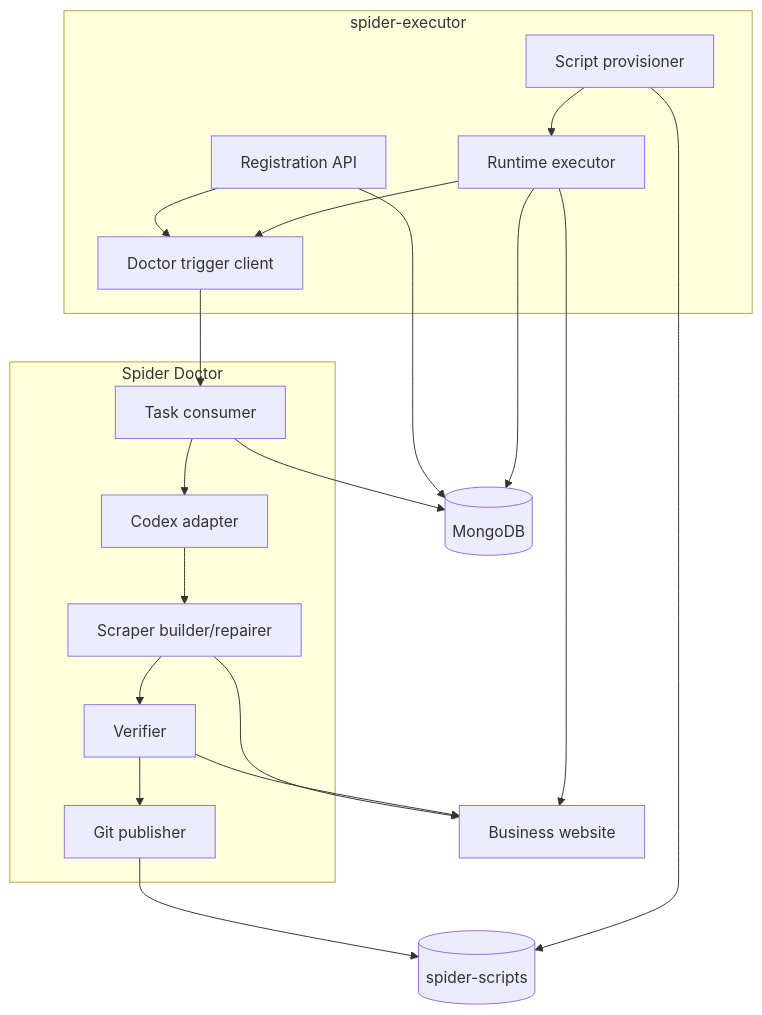
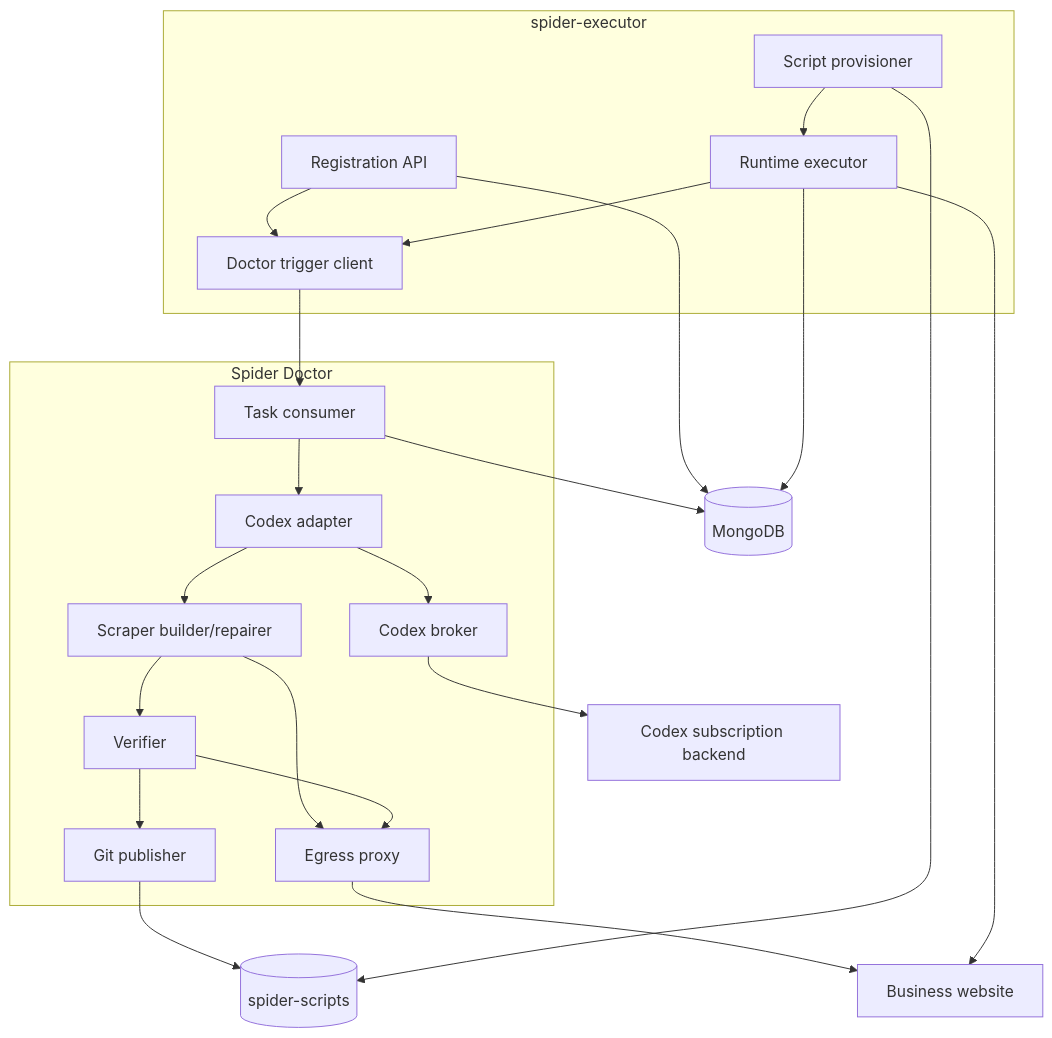
Before and after one commit to cl0udarch1t3cts/spider-runtime: the second of 6 diagrams in spider-devops/ARCHITECTURE.md, drawn with Mermaid. The commit also changed other lines of this file, not shown here.

First line of the commit message:
docs: document Codex broker and egress proxy in building block view

````diff
--- a/spider-devops/ARCHITECTURE.md
+++ b/spider-devops/ARCHITECTURE.md
@@ -124,38 +124,44 @@
 ```mermaid
 flowchart TB
     subgraph Executor[spider-executor]
         RA[Registration API]
         RE[Runtime executor]
         DT[Doctor trigger client]
         PR[Script provisioner]
     end
 
     subgraph Doctor[Spider Doctor]
         TC[Task consumer]
         CA[Codex adapter]
+        CB[Codex broker]
+        EP[Egress proxy]
         SB[Scraper builder/repairer]
         VF[Verifier]
         GP[Git publisher]
     end
 
     M[(MongoDB)]
     G[(spider-scripts)]
     WEB[Business website]
+    OAI[Codex subscription backend]
 
     RA --> M
     RA --> DT
     RE --> M
     RE --> DT
     DT --> TC
     TC --> M
     TC --> CA
+    CA --> CB
+    CB --> OAI
     CA --> SB
-    SB --> WEB
+    SB --> EP
     SB --> VF
-    VF --> WEB
+    VF --> EP
+    EP --> WEB
     VF --> GP
     GP --> G
     PR --> G
     PR --> RE
     RE --> WEB
 ```
````
